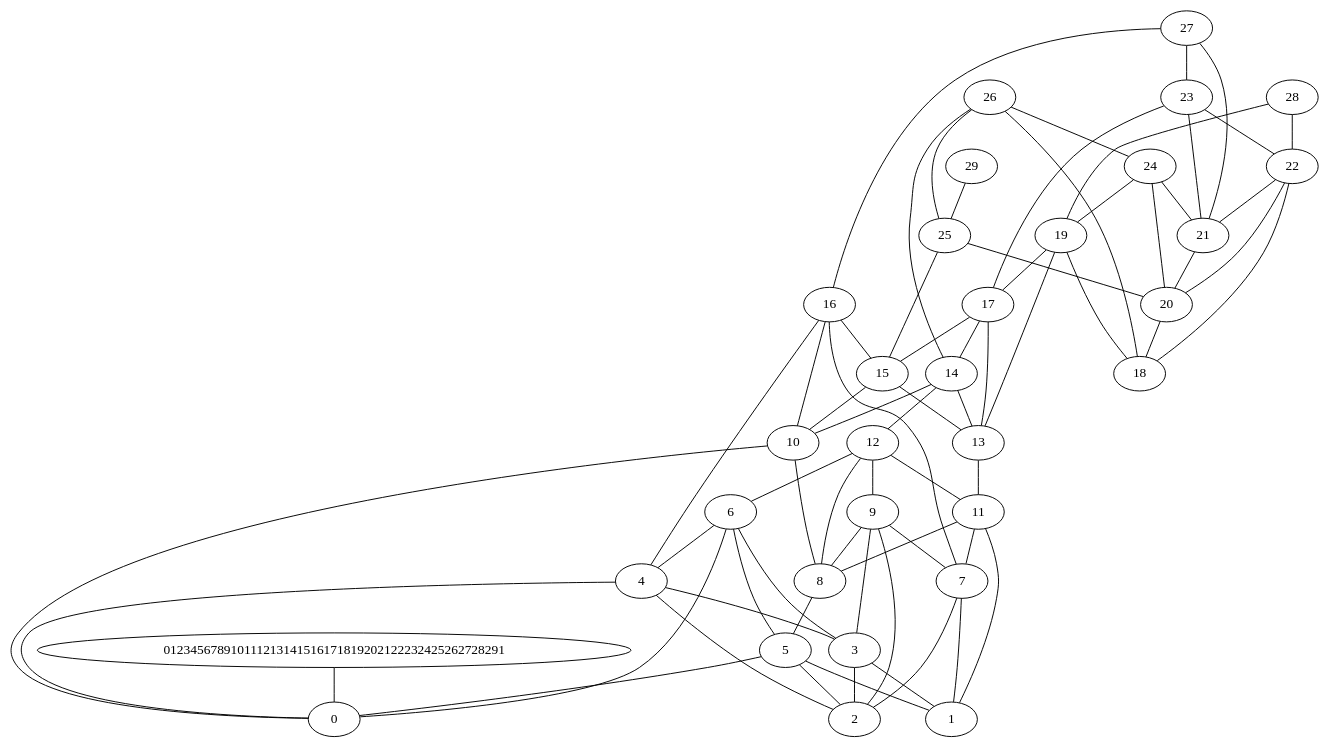
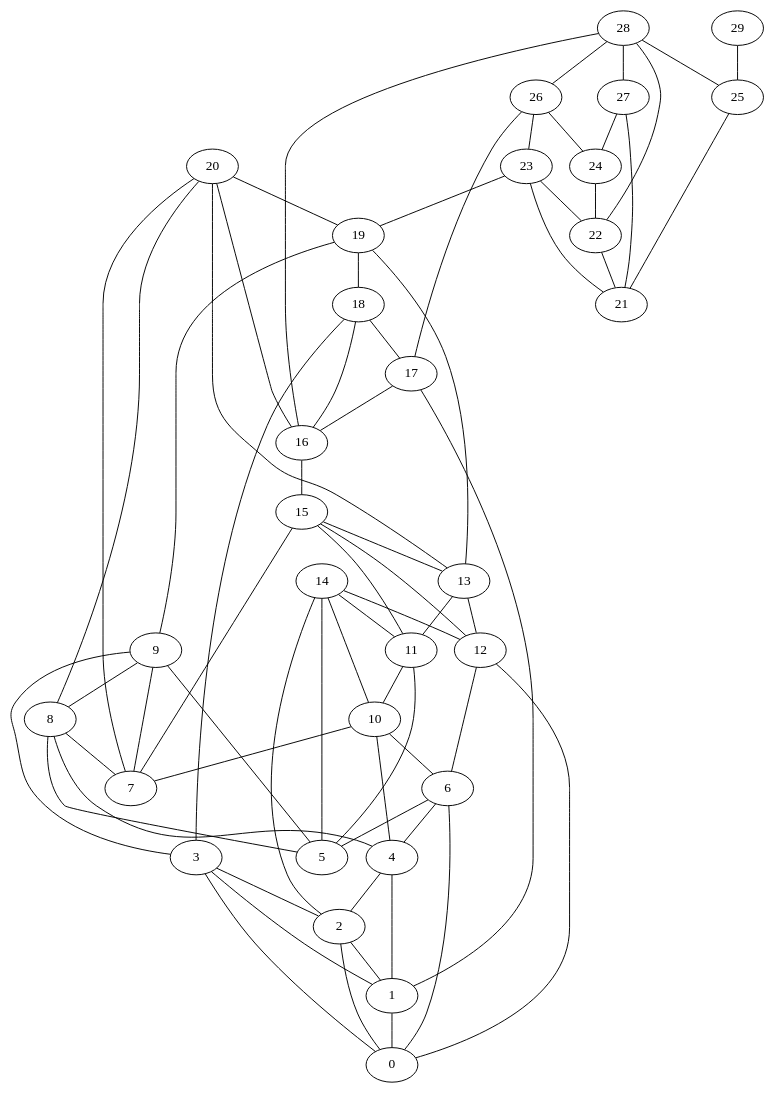
The diagram in Grafos/grafito_BarabasiAlbert_30_0.gv (DaveWMF/Grafos), drawn with Graphviz before and after one commit. The commit also changed 198 other files, not shown here.

```diff
--- a/Grafos/grafito_BarabasiAlbert_30_0.gv
+++ b/Grafos/grafito_BarabasiAlbert_30_0.gv
@@ -1,70 +1,99 @@
 graph G {
-012345678910111213141516171819202122232425262728291 -- 0
+0
+1
+2
+3
+4
+5
+6
+7
+8
+9
+10
+11
+12
+13
+14
+15
+16
+17
+18
+19
+20
+21
+22
+23
+24
+25
+26
+27
+28
+29
+1 -- 0
+2 -- 0
+2 -- 1
+3 -- 0
 3 -- 1
 3 -- 2
-4 -- 0
+4 -- 1
 4 -- 2
-4 -- 3
-5 -- 0
-5 -- 1
-5 -- 2
 6 -- 0
-6 -- 3
 6 -- 4
 6 -- 5
-7 -- 1
-7 -- 2
+8 -- 4
 8 -- 5
-9 -- 2
+8 -- 7
 9 -- 3
+9 -- 5
 9 -- 7
 9 -- 8
-10 -- 0
-10 -- 8
-11 -- 1
-11 -- 7
-11 -- 8
+10 -- 4
+10 -- 6
+10 -- 7
+11 -- 5
+11 -- 10
+12 -- 0
 12 -- 6
-12 -- 8
-12 -- 9
-12 -- 11
 13 -- 11
+13 -- 12
+14 -- 2
+14 -- 5
 14 -- 10
+14 -- 11
 14 -- 12
-14 -- 13
-15 -- 10
+15 -- 7
+15 -- 11
+15 -- 12
 15 -- 13
-16 -- 4
-16 -- 7
-16 -- 10
 16 -- 15
-17 -- 13
-17 -- 14
-17 -- 15
+17 -- 1
+17 -- 16
+18 -- 3
+18 -- 16
+18 -- 17
+19 -- 9
 19 -- 13
-19 -- 17
 19 -- 18
-20 -- 18
-21 -- 20
-22 -- 18
-22 -- 20
+20 -- 7
+20 -- 8
+20 -- 13
+20 -- 16
+20 -- 19
 22 -- 21
-23 -- 17
+23 -- 19
 23 -- 21
 23 -- 22
-24 -- 19
-24 -- 20
-24 -- 21
-25 -- 15
-25 -- 20
-26 -- 14
-26 -- 18
+24 -- 22
+25 -- 21
+26 -- 17
+26 -- 23
 26 -- 24
-26 -- 25
-27 -- 16
 27 -- 21
-27 -- 23
-28 -- 19
+27 -- 24
+28 -- 16
 28 -- 22
+28 -- 25
+28 -- 26
+28 -- 27
 29 -- 25
 }
```
